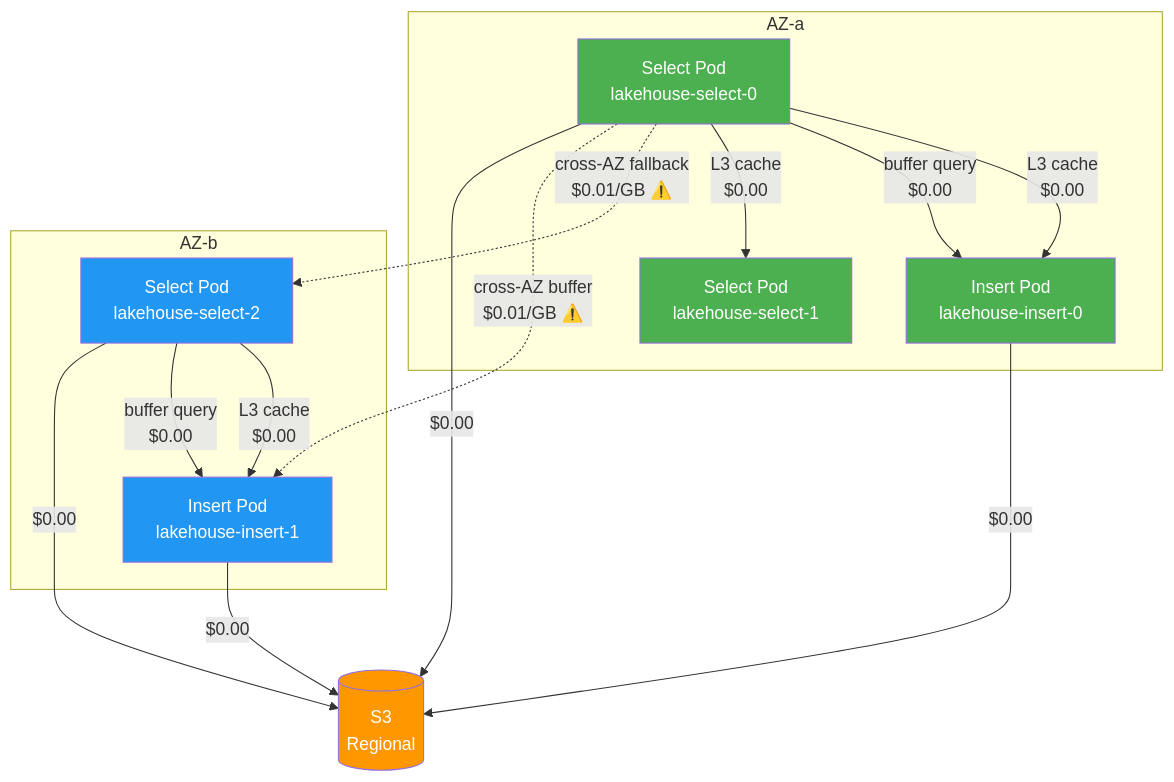
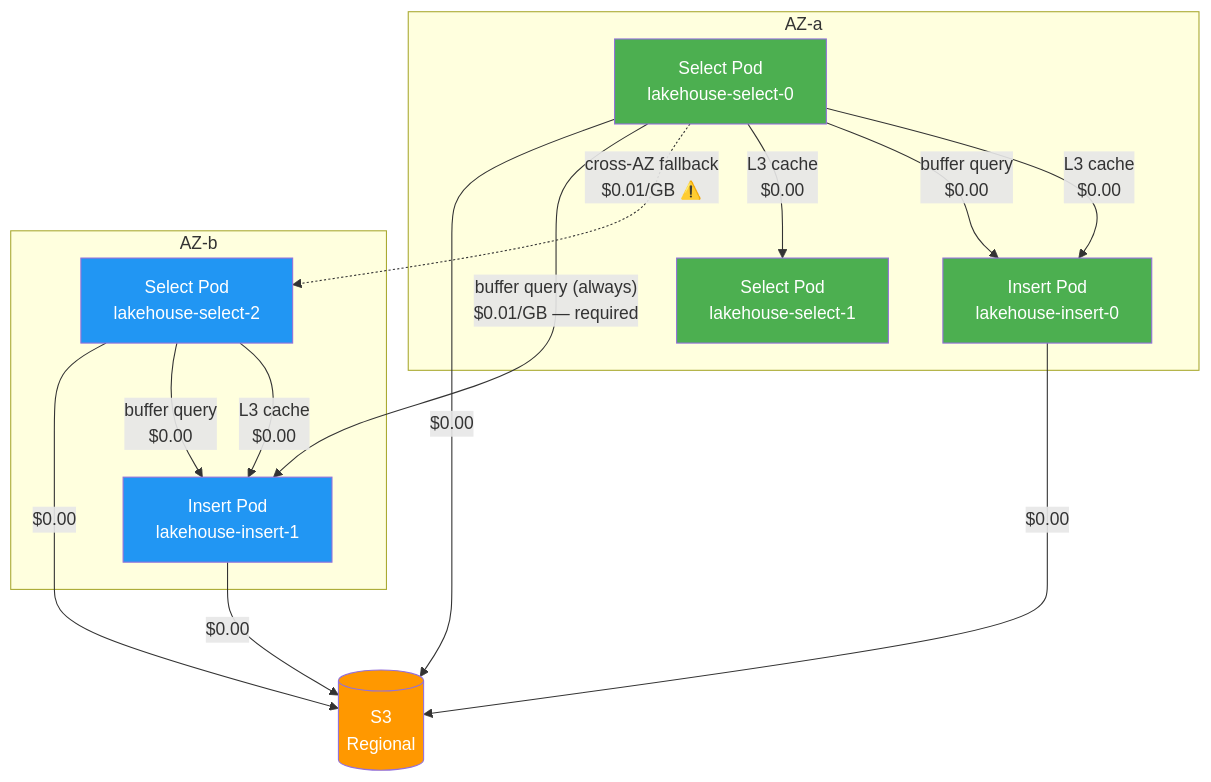
One commit to ReliablyObserve/victoria-lakehouse changed the fourth of 14 diagrams in docs/cross-az-optimization.md. Above: the diagram before and after it, drawn with Mermaid. The commit also changed other lines of this file and 84 other files, not shown here.

First line of the commit message:
feat: traces support, corrected cost model, cross-AZ buffer fix (#63)

````diff
--- a/docs/cross-az-optimization.md
+++ b/docs/cross-az-optimization.md
@@ -127,28 +135,28 @@
 ```mermaid
 graph TD
     subgraph "AZ-a"
         SEL_A[Select Pod<br/>lakehouse-select-0] -->|"L3 cache<br/>$0.00"| INS_A[Insert Pod<br/>lakehouse-insert-0]
         SEL_A -->|"buffer query<br/>$0.00"| INS_A
         SEL_A -->|"L3 cache<br/>$0.00"| SEL_A2[Select Pod<br/>lakehouse-select-1]
     end
 
     subgraph "AZ-b"
         SEL_B[Select Pod<br/>lakehouse-select-2] -->|"L3 cache<br/>$0.00"| INS_B[Insert Pod<br/>lakehouse-insert-1]
         SEL_B -->|"buffer query<br/>$0.00"| INS_B
     end
 
     SEL_A -.->|"cross-AZ fallback<br/>$0.01/GB ⚠️"| SEL_B
-    SEL_A -.->|"cross-AZ buffer<br/>$0.01/GB ⚠️"| INS_B
+    SEL_A -->|"buffer query (always)<br/>$0.01/GB — required"| INS_B
 
     INS_A -->|"$0.00"| S3[(S3<br/>Regional)]
     INS_B -->|"$0.00"| S3
     SEL_A -->|"$0.00"| S3
     SEL_B -->|"$0.00"| S3
 
     style S3 fill:#FF9800,color:#fff
     style SEL_A fill:#4CAF50,color:#fff
     style SEL_A2 fill:#4CAF50,color:#fff
     style INS_A fill:#4CAF50,color:#fff
     style SEL_B fill:#2196F3,color:#fff
     style INS_B fill:#2196F3,color:#fff
 ```
````
